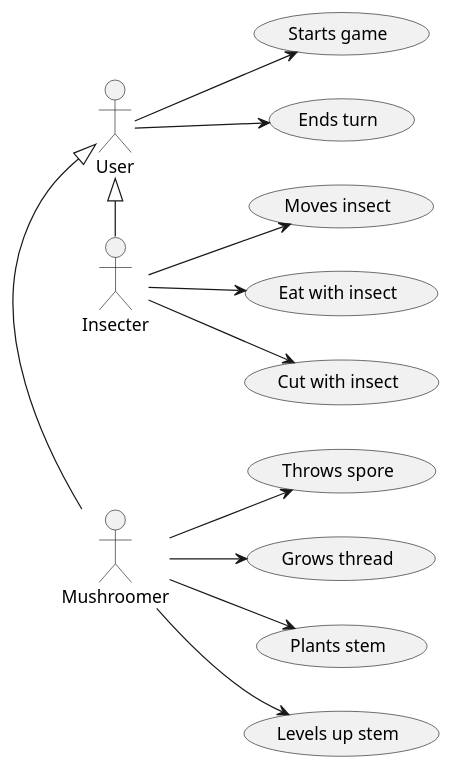
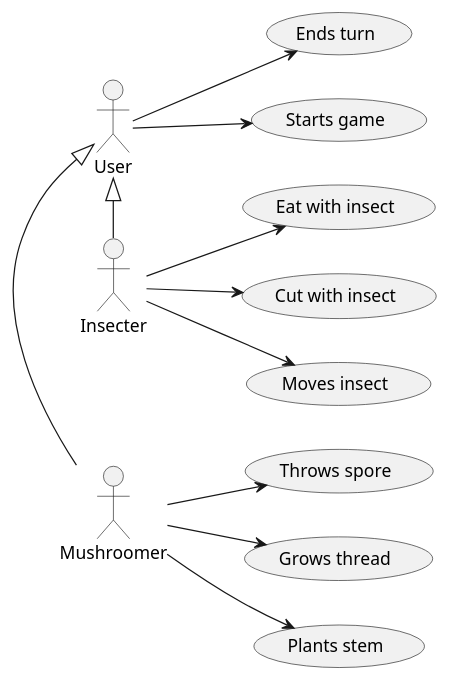
Before and after one commit to Petya-G/fungorium: the diagram in 5/usecase/uc.puml, drawn with PlantUML. The commit also changed 1 other file, not shown here.

Commit message:
removed stemLevelup from use-case

```diff
--- a/5/usecase/uc.puml
+++ b/5/usecase/uc.puml
@@ -1,19 +1,19 @@
 @startuml player
 
 Mushroomer -left-|> User
 Insecter -left-|> User
 
 left to right direction
 User --> (Ends turn)
 User --> (Starts game)
 
 Mushroomer --> (Plants stem)
-Mushroomer --> (Levels up stem)
+'Mushroomer --> (Levels up stem)
 Mushroomer --> (Throws spore)
 Mushroomer --> (Grows thread)
 
 Insecter --> (Moves insect)
 Insecter --> (Eat with insect)
 Insecter --> (Cut with insect)
 
 @enduml
```
